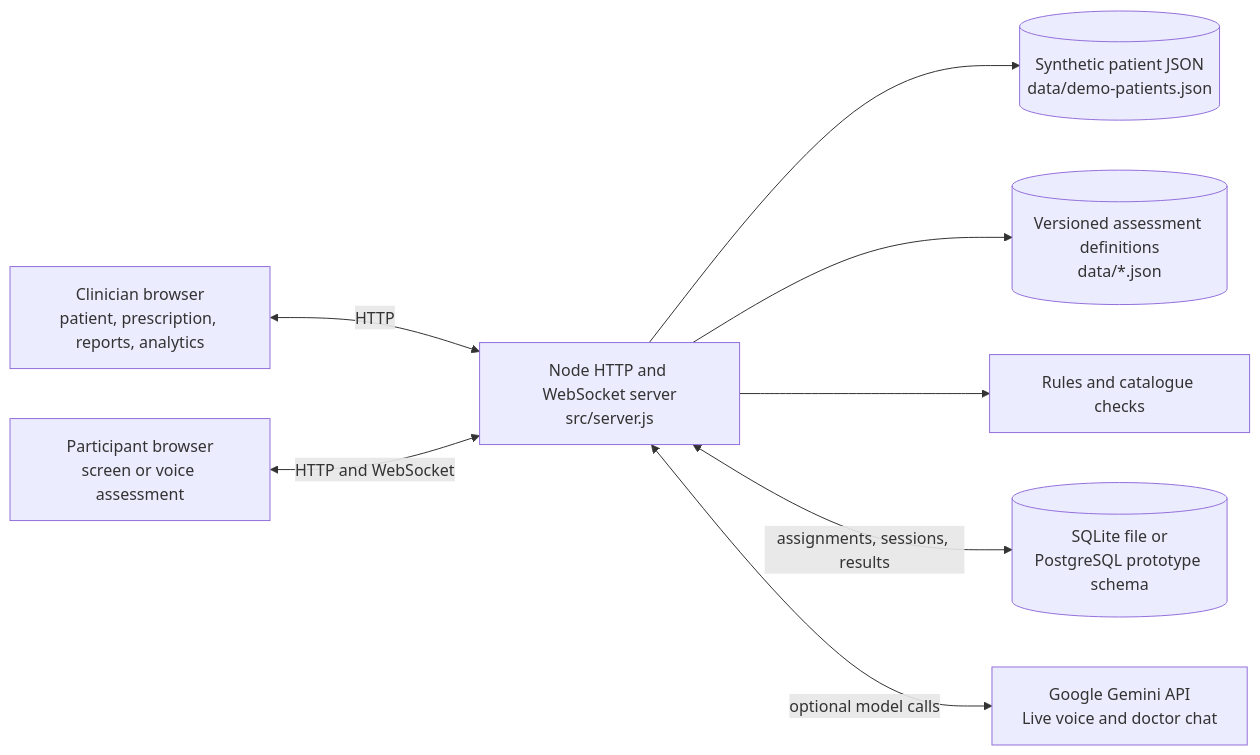
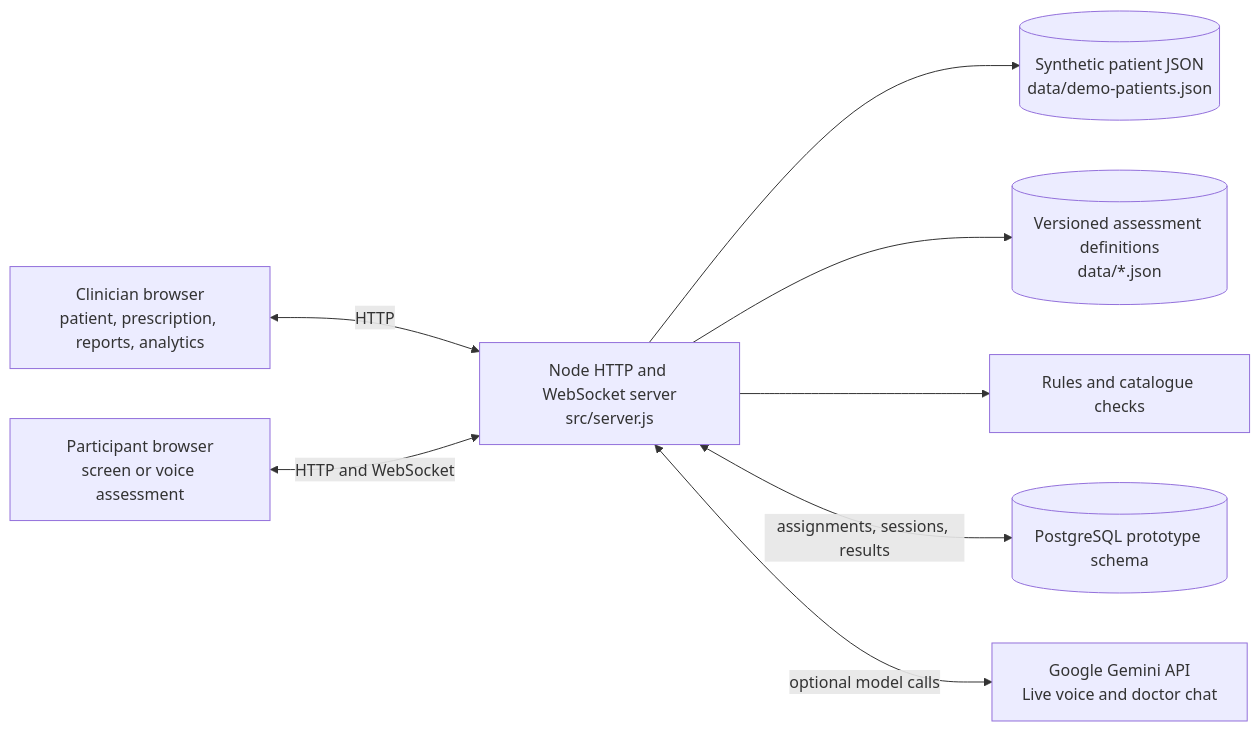
Before and after one commit to Keviv21/PHQ-9-assessment: the first of 5 diagrams in docs/PROTOTYPE_ARCHITECTURE.md, drawn with Mermaid. The commit also changed other lines of this file and 103 other files, not shown here.

````diff
--- a/docs/PROTOTYPE_ARCHITECTURE.md
+++ b/docs/PROTOTYPE_ARCHITECTURE.md
@@ -7,18 +7,18 @@
 ```mermaid
 flowchart LR
     C[Clinician browser<br/>patient, prescription, reports, analytics]
     P[Participant browser<br/>screen or voice assessment]
     N[Node HTTP and WebSocket server<br/>src/server.js]
     J[(Synthetic patient JSON<br/>data/demo-patients.json)]
     F[(Versioned assessment definitions<br/>data/*.json)]
     R[Rules and catalogue checks]
-    D[(SQLite file or<br/>PostgreSQL prototype schema)]
+    D[(PostgreSQL prototype schema)]
     G[Google Gemini API<br/>Live voice and doctor chat]
     C <-->|HTTP| N
     P <-->|HTTP and WebSocket| N
     N --> J
     N --> F
     N --> R
     N <-->|assignments, sessions, results| D
     N <-->|optional model calls| G
 ```
````
